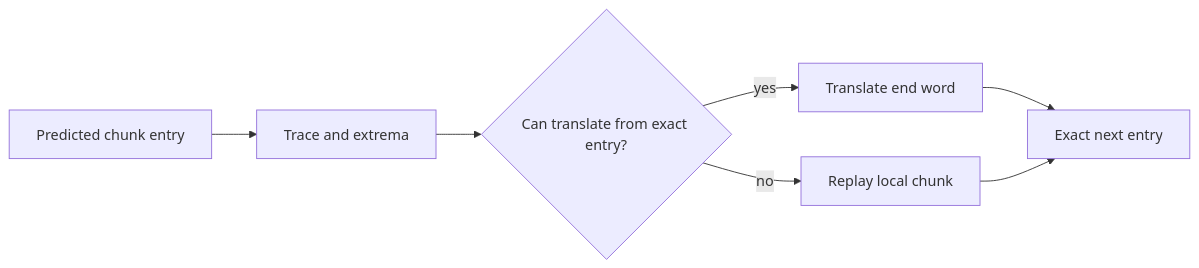
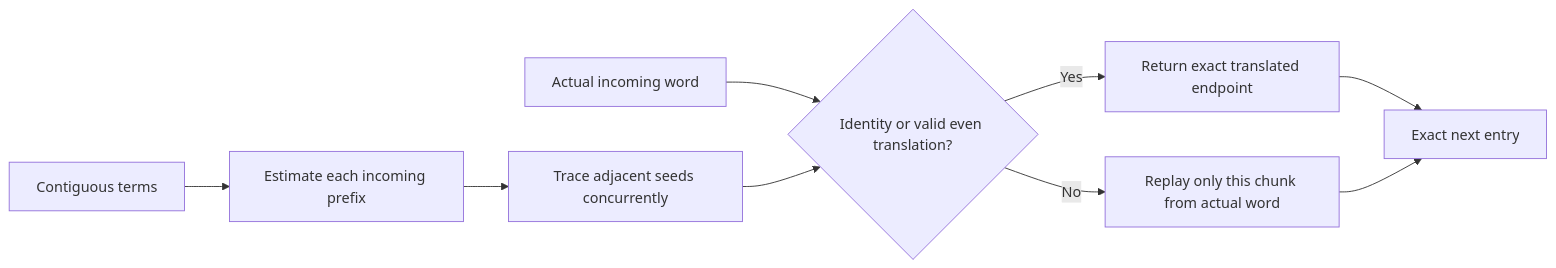
Before and after one commit to wesen/2026-11-24--compiler-workbench: the third of 3 diagrams in ttmp/2026/11/26/IRWB-023-B--exact-parallel-folds-for-tix/design-doc/01-parallel-execution-of-the-ordered-f32-fold.md, drawn with Mermaid. The commit also changed other lines of this file and 29 other files, not shown here.

````diff
--- a/ttmp/2026/11/26/IRWB-023-B--exact-parallel-folds-for-tix/design-doc/01-parallel-execution-of-the-ordered-f32-fold.md
+++ b/ttmp/2026/11/26/IRWB-023-B--exact-parallel-folds-for-tix/design-doc/01-parallel-execution-of-the-ordered-f32-fold.md
@@ -38,9 +202,11 @@
 ```mermaid
 flowchart LR
-  P[Predicted chunk entry] --> T[Trace and extrema]
-  T --> G{Can translate from exact entry?}
-  G -->|yes| A[Translate end word]
-  G -->|no| R[Replay local chunk]
-  A --> N[Exact next entry]
-  R --> N
+    C[Contiguous terms] --> P[Estimate each incoming prefix]
+    P --> T[Trace adjacent seeds concurrently]
+    A[Actual incoming word] --> G{Identity or valid even translation?}
+    T --> G
+    G -->|Yes| H[Return exact translated endpoint]
+    G -->|No| F[Replay only this chunk from actual word]
+    H --> N[Exact next entry]
+    F --> N
 ```
````
